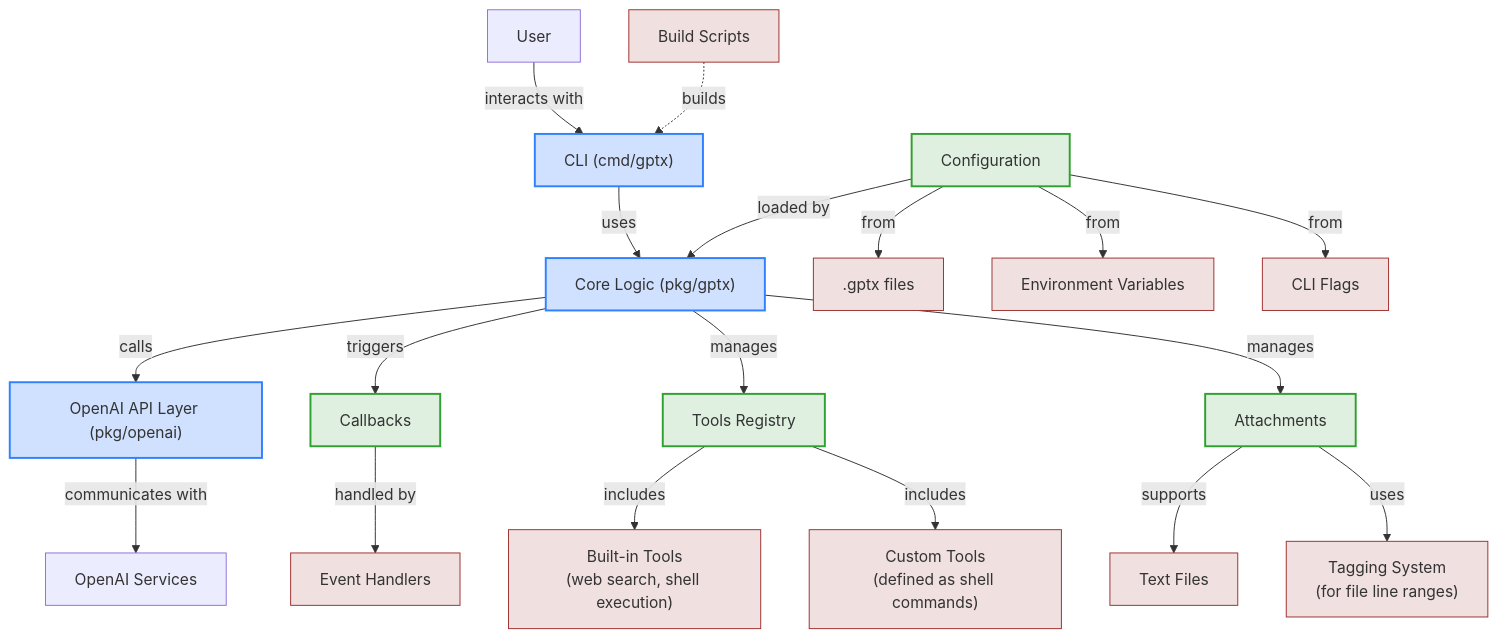
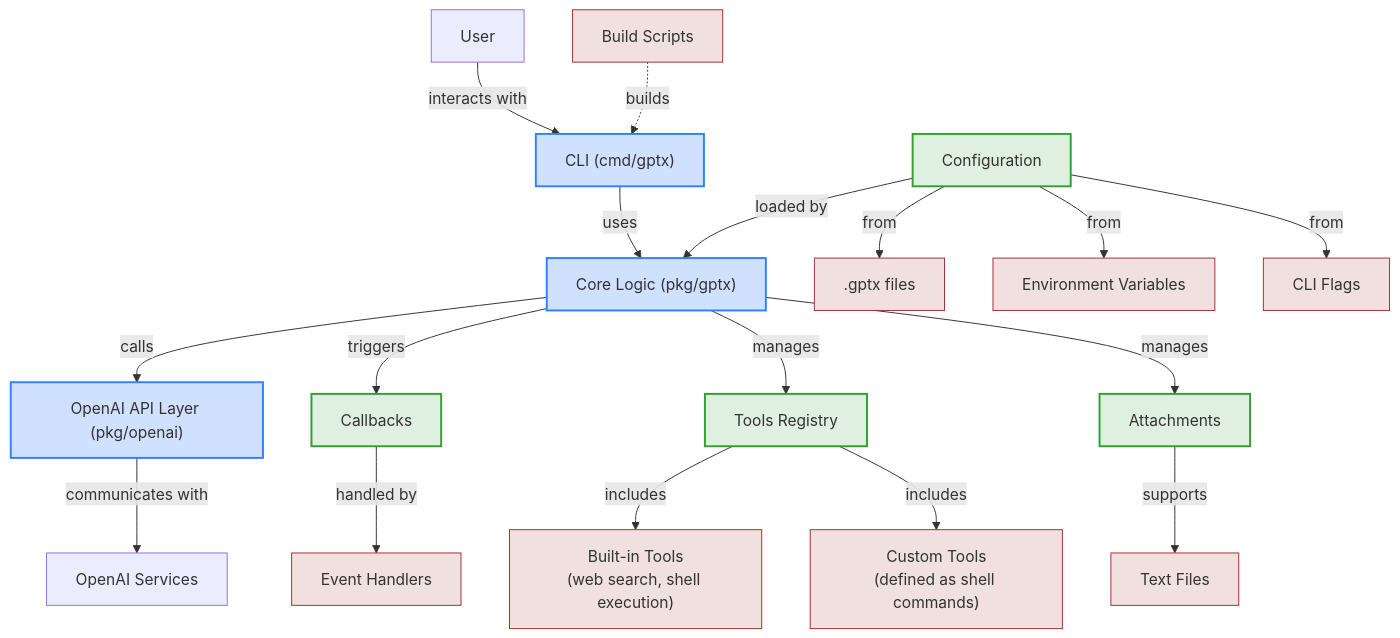
One commit to mohdfareed/gptx-cli changed the first of 8 diagrams in docs/architecture.md. Above: the diagram before and after it, drawn with Mermaid. The commit also changed other lines of this file and 9 other files, not shown here.

````diff
--- a/docs/architecture.md
+++ b/docs/architecture.md
@@ -7,37 +7,36 @@
 ```mermaid
 graph TD
     User[User] -->|interacts with| CLI["CLI (cmd/gptx)"]
     CLI -->|uses| Core["Core Logic (pkg/gptx)"]
     Core -->|calls| API["OpenAI API Layer (pkg/openai)"]
     API -->|communicates with| OpenAI[OpenAI Services]
 
     %% Configuration flow
     Config[Configuration] -->|loaded by| Core
     Config -->|from| ConfigFiles[".gptx files"]
     Config -->|from| EnvVars["Environment Variables"]
     Config -->|from| CLIFlags["CLI Flags"]
 
     %% Callbacks and Tools
     Core -->|triggers| Callbacks[Callbacks]
     Callbacks -->|handled by| Handlers[Event Handlers]
     Core -->|manages| Tools[Tools Registry]
     Tools -->|includes| BuiltInTools["Built-in Tools\n(web search, shell execution)"]
     Tools -->|includes| CustomTools["Custom Tools\n(defined as shell commands)"]
 
     %% Attachments
     Core -->|manages| Attachments[Attachments]
     Attachments -->|supports| Files["Text Files"]
-    Attachments -->|uses| Tags["Tagging System\n(for file line ranges)"]
 
     %% Build and Deploy
     Scripts["Build Scripts"] -.->|builds| CLI
 
     classDef primary fill:#d0e0ff,stroke:#3080ff,stroke-width:2px;
     classDef secondary fill:#e0f0e0,stroke:#30a030,stroke-width:2px;
     classDef tertiary fill:#f0e0e0,stroke:#a03030,stroke-width:1px;
     classDef future fill:#f0f0f0,stroke:#808080,stroke-width:1px,stroke-dasharray: 5 5;
 
     class CLI,Core,API primary;
     class Config,Callbacks,Tools,Attachments secondary;
-    class ConfigFiles,EnvVars,CLIFlags,Handlers,BuiltInTools,CustomTools,Files,Tags,Scripts tertiary;
+    class ConfigFiles,EnvVars,CLIFlags,Handlers,BuiltInTools,CustomTools,Files,Scripts tertiary;
 ```
````
